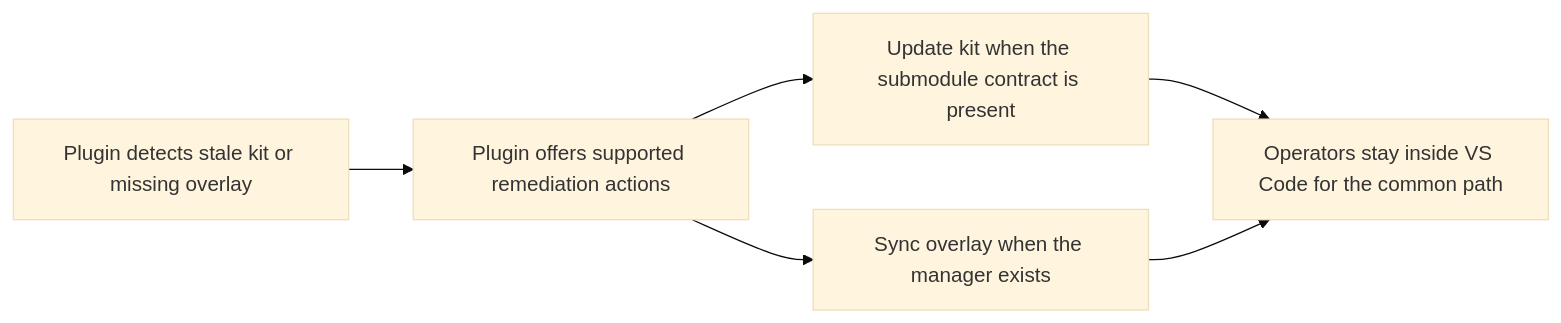
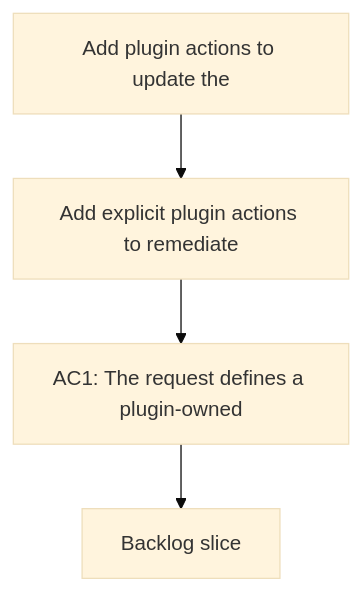
One commit to AlexAgo83/logics-manager changed the diagram in logics/request/req_078_add_plugin_actions_to_update_the_logics_kit_and_sync_codex_overlays.md. Above: the diagram before and after it, drawn with Mermaid (base theme). The commit also changed other lines of this file and 481 other files, not shown here.

````diff
--- a/logics/request/req_078_add_plugin_actions_to_update_the_logics_kit_and_sync_codex_overlays.md
+++ b/logics/request/req_078_add_plugin_actions_to_update_the_logics_kit_and_sync_codex_overlays.md
@@ -36,10 +36,8 @@
 ```mermaid
 %% logics-kind: request
 %% logics-signature: request|add-plugin-actions-to-update-the-logics-|add-explicit-plugin-actions-to-remediate|ac1-the-request-defines-a-plugin-owned
-flowchart LR
-    Detect[Plugin detects stale kit or missing overlay] --> Remediate[Plugin offers supported remediation actions]
-    Remediate --> Update[Update kit when the submodule contract is present]
-    Remediate --> Sync[Sync overlay when the manager exists]
-    Update --> Outcome[Operators stay inside VS Code for the common path]
-    Sync --> Outcome
+flowchart TD
+    Trigger[Add plugin actions to update the] --> Need[Add explicit plugin actions to remediate]
+    Need --> Outcome[AC1: The request defines a plugin-owned]
+    Outcome --> Backlog[Backlog slice]
 ```
````
